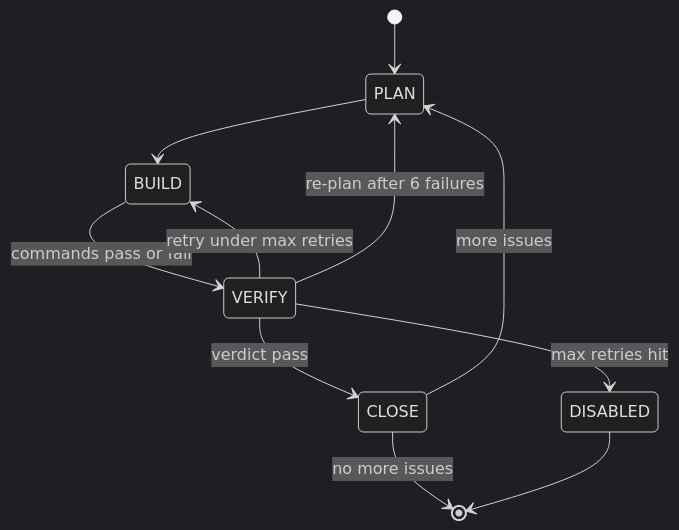
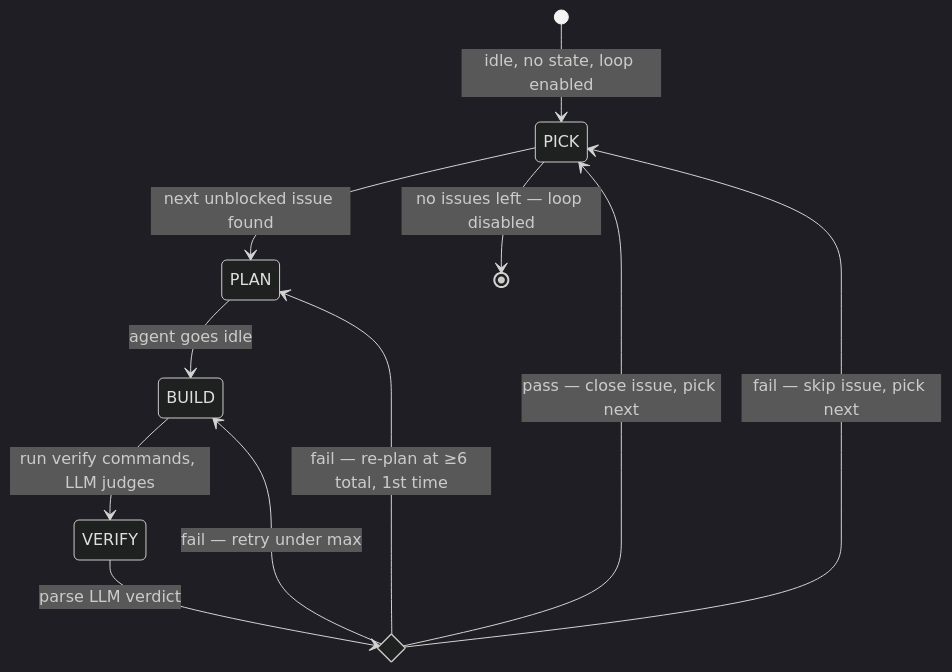
Before and after one commit to burner/grimes: the second of 2 diagrams in README.md, drawn with Mermaid (dark theme). The commit also changed other lines of this file, not shown here.

````diff
--- a/README.md
+++ b/README.md
@@ -130,13 +165,19 @@
 ```mermaid
 stateDiagram-v2
-    [*] --> PLAN
-    PLAN --> BUILD
-    BUILD --> VERIFY : commands pass or fail
-    VERIFY --> CLOSE : verdict pass
-    VERIFY --> BUILD : retry under max retries
-    VERIFY --> PLAN : re-plan after 6 failures
-    VERIFY --> DISABLED : max retries hit
-    CLOSE --> PLAN : more issues
-    CLOSE --> [*] : no more issues
-    DISABLED --> [*]
+    [*] --> PICK : idle, no state, loop enabled
+
+    state PICK <<choice>>
+    PICK --> PLAN : next unblocked issue found
+    PICK --> [*] : no issues left — loop disabled
+
+    PLAN --> BUILD : agent goes idle
+    BUILD --> VERIFY : run verify commands, LLM judges
+
+    state VERIFY_OUTCOME <<choice>>
+    VERIFY --> VERIFY_OUTCOME : parse LLM verdict
+
+    VERIFY_OUTCOME --> PICK : pass — close issue, pick next
+    VERIFY_OUTCOME --> BUILD : fail — retry under max
+    VERIFY_OUTCOME --> PLAN : fail — re-plan at ≥6 total, 1st time
+    VERIFY_OUTCOME --> PICK : fail — skip issue, pick next
 ```
````
